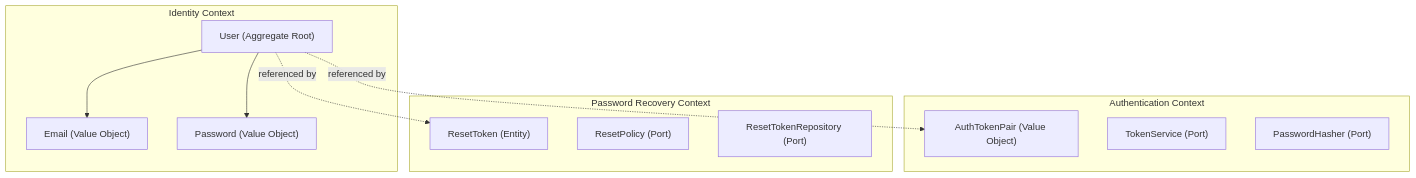
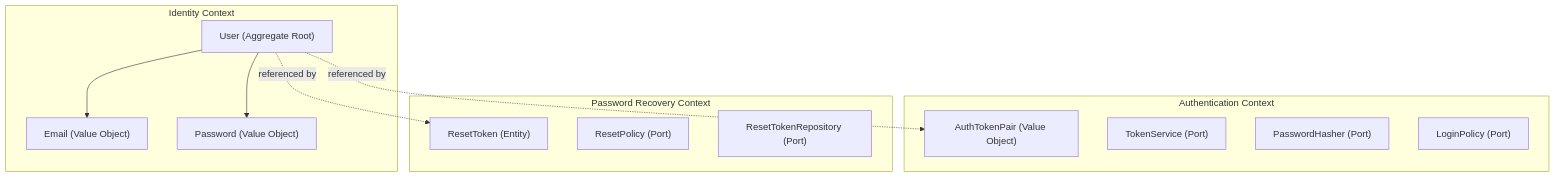
Before and after one commit to blackyblack/engineer-challenge: the first of 2 diagrams in README.md, drawn with Mermaid. The commit also changed other lines of this file and 2 other files, not shown here.

````diff
--- a/README.md
+++ b/README.md
@@ -60,25 +60,26 @@
 ```mermaid
 graph TB
     subgraph "Identity Context"
         User["User (Aggregate Root)"]
         Email["Email (Value Object)"]
         Password["Password (Value Object)"]
         User --> Email
         User --> Password
     end
 
     subgraph "Authentication Context"
         AuthToken["AuthTokenPair (Value Object)"]
         TokenService["TokenService (Port)"]
         PasswordHasher["PasswordHasher (Port)"]
+        LoginPolicy["LoginPolicy (Port)"]
     end
 
     subgraph "Password Recovery Context"
         ResetToken["ResetToken (Entity)"]
         ResetPolicy["ResetPolicy (Port)"]
         ResetTokenRepo["ResetTokenRepository (Port)"]
     end
 
     User -.->|referenced by| AuthToken
     User -.->|referenced by| ResetToken
 ```
````
